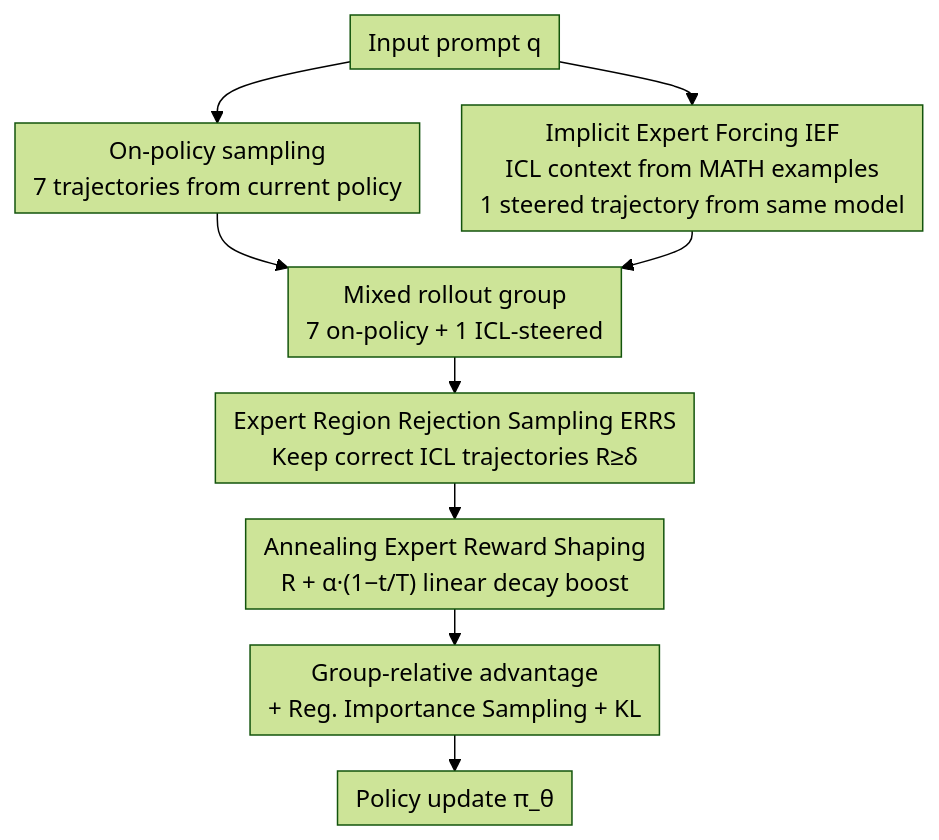
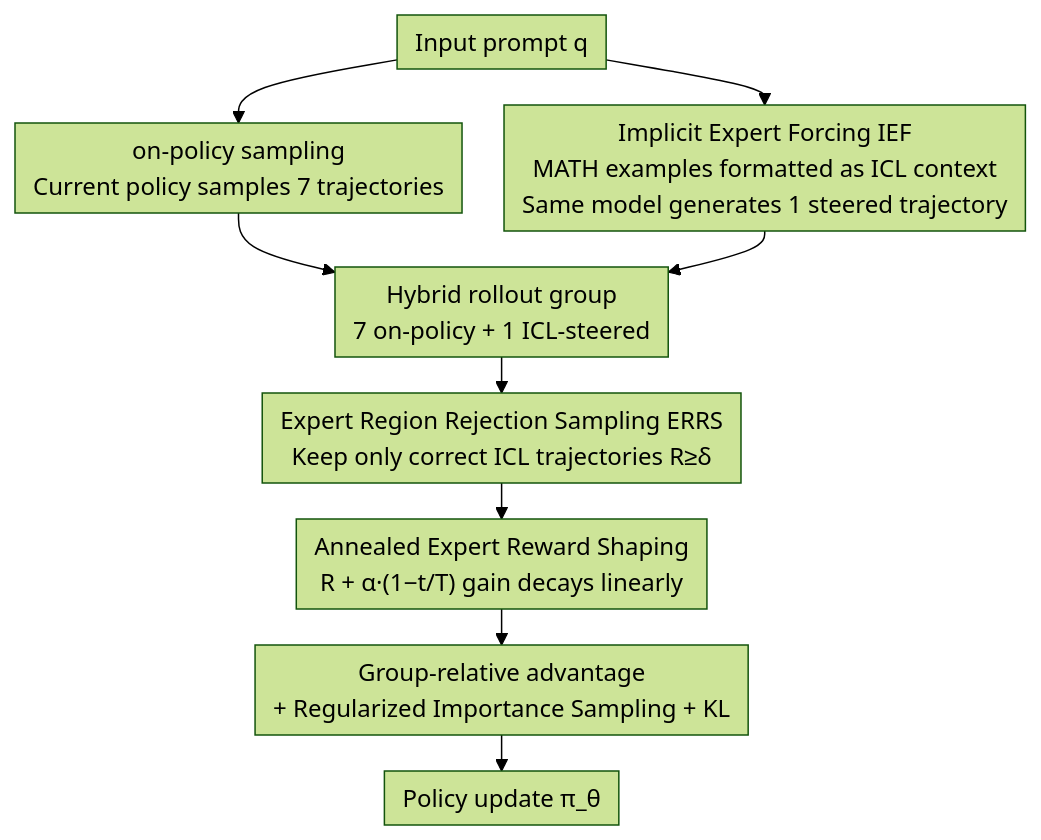
Before and after one commit to zhaoyang97/Paper-Notes-en: the diagram in docs/ACL2026/llm_reasoning/think_outside_the_policy_in-context_steered_policy_optimization.md, drawn with Mermaid (forest theme). The commit also changed other lines of this file and 5084 other files, not shown here.

````diff
--- a/docs/ACL2026/llm_reasoning/think_outside_the_policy_in-context_steered_policy_optimization.md
+++ b/docs/ACL2026/llm_reasoning/think_outside_the_policy_in-context_steered_policy_optimization.md
@@ -45,12 +45,12 @@
 ```mermaid
 %%{init: {'flowchart': {'rankSpacing': 24, 'nodeSpacing': 28, 'padding': 6, 'wrappingWidth': 400}}}%%
 flowchart TD
-    Q["Input prompt q"] --> ONP["On-policy sampling<br/>7 trajectories from current policy"]
-    Q --> IEF["Implicit Expert Forcing IEF<br/>ICL context from MATH examples<br/>1 steered trajectory from same model"]
-    ONP --> POOL["Mixed rollout group<br/>7 on-policy + 1 ICL-steered"]
+    Q["Input prompt q"] --> ONP["on-policy sampling<br/>Current policy samples 7 trajectories"]
+    Q --> IEF["Implicit Expert Forcing IEF<br/>MATH examples formatted as ICL context<br/>Same model generates 1 steered trajectory"]
+    ONP --> POOL["Hybrid rollout group<br/>7 on-policy + 1 ICL-steered"]
     IEF --> POOL
-    POOL --> ERRS["Expert Region Rejection Sampling ERRS<br/>Keep correct ICL trajectories R≥δ"]
-    ERRS --> RS["Annealing Expert Reward Shaping<br/>R + α·(1−t/T) linear decay boost"]
-    RS --> ADV["Group-relative advantage<br/>+ Reg. Importance Sampling + KL"]
+    POOL --> ERRS["Expert Region Rejection Sampling ERRS<br/>Keep only correct ICL trajectories R≥δ"]
+    ERRS --> RS["Annealed Expert Reward Shaping<br/>R + α·(1−t/T) gain decays linearly"]
+    RS --> ADV["Group-relative advantage<br/>+ Regularized Importance Sampling + KL"]
     ADV --> UPD["Policy update π_θ"]
 ```
````
